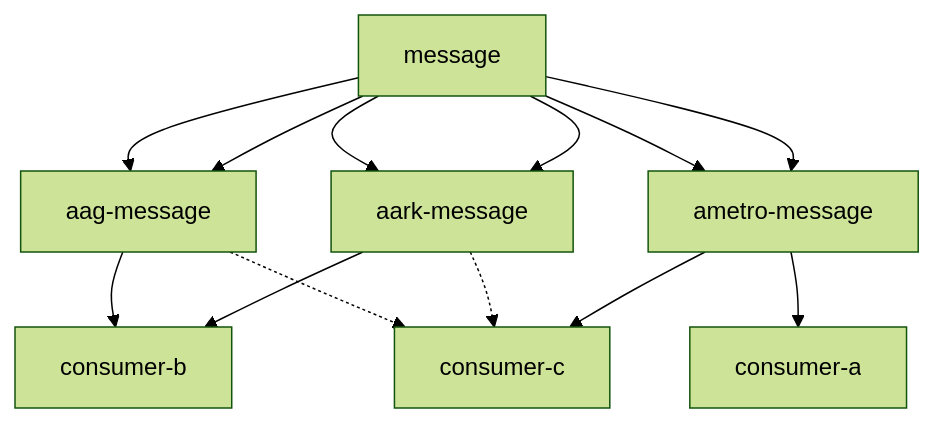
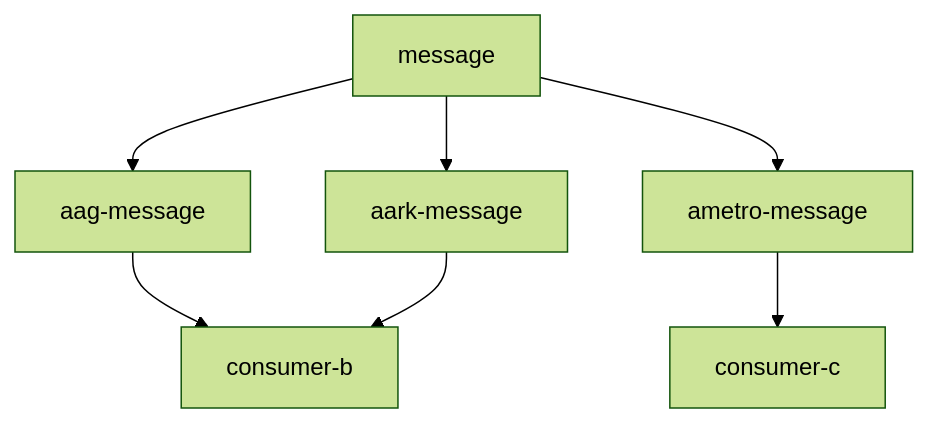
Before and after one commit to sethreno/MassTransitPlayground: the second of 2 diagrams in readme.md, drawn with Mermaid (forest theme). The commit also changed other lines of this file, not shown here.

````diff
--- a/readme.md
+++ b/readme.md
@@ -38,10 +42,10 @@
 ```mermaid
 flowchart TD;
-    message-->aag-message-->consumer-b;
-    message-->aark-message-->consumer-b;
-    message-->ametro-message-->consumer-a;
+    message-->aag-message;
+    message-->aark-message;
+    message-->ametro-message;
 
-    message-->aag-message-.->consumer-c;
-    message-->aark-message-.->consumer-c;
-    message-->ametro-message-->consumer-c;
+    aag-message-->consumer-b;
+    aark-message-->consumer-b;
+    ametro-message-->consumer-c;
 ```
````
